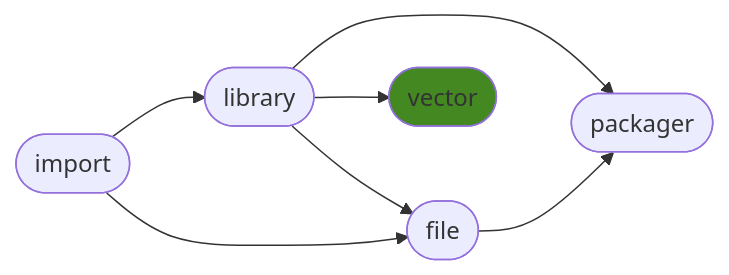
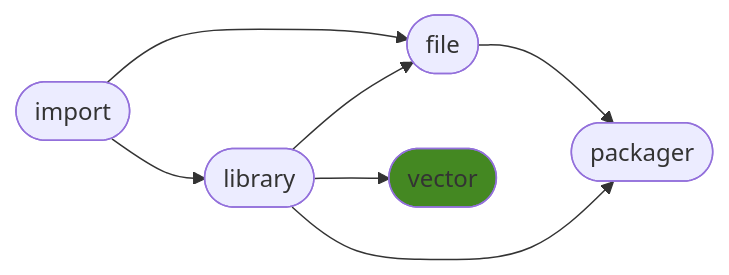
One commit to ManderaGeneral/generalvector changed the diagram in README.md. Above: the diagram before and after it, drawn with Mermaid. The commit also changed other lines of this file and 1 other file, not shown here.

````diff
--- a/README.md
+++ b/README.md
@@ -24,15 +24,15 @@
 ```mermaid
 flowchart LR
+2([file]) --> 4([packager])
+1([library]) --> 2([file])
+1([library]) --> 3([vector])
 1([library]) --> 4([packager])
+0([import]) --> 2([file])
 0([import]) --> 1([library])
-1([library]) --> 3([vector])
-1([library]) --> 2([file])
-2([file]) --> 4([packager])
-0([import]) --> 2([file])
 click 0 "https://github.com/ManderaGeneral/generalimport"
 click 1 "https://github.com/ManderaGeneral/generallibrary"
 click 2 "https://github.com/ManderaGeneral/generalfile"
 click 3 "https://github.com/ManderaGeneral/generalvector"
 click 4 "https://github.com/ManderaGeneral/generalpackager"
 style 3 fill:#482
 ```
````
